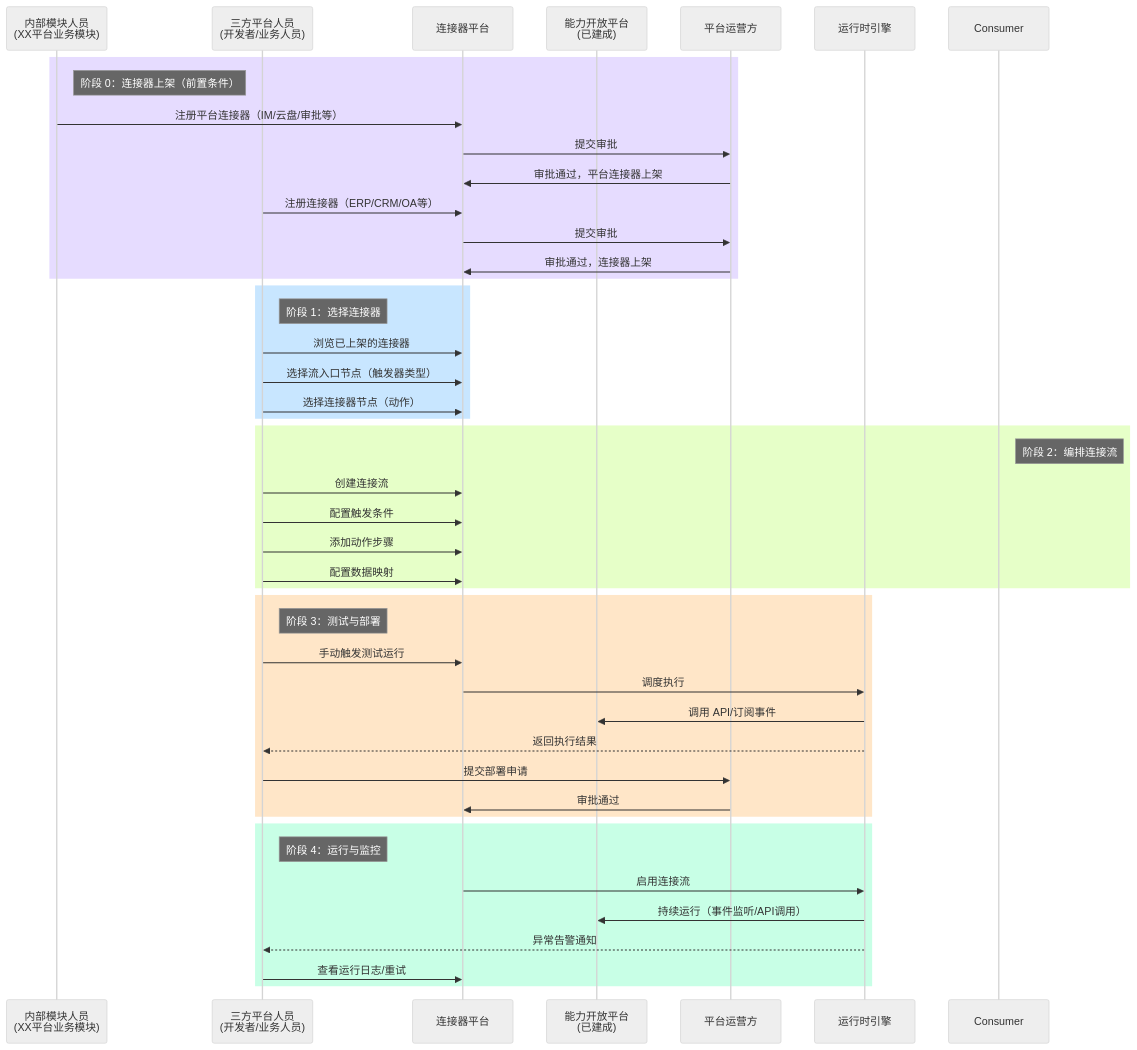
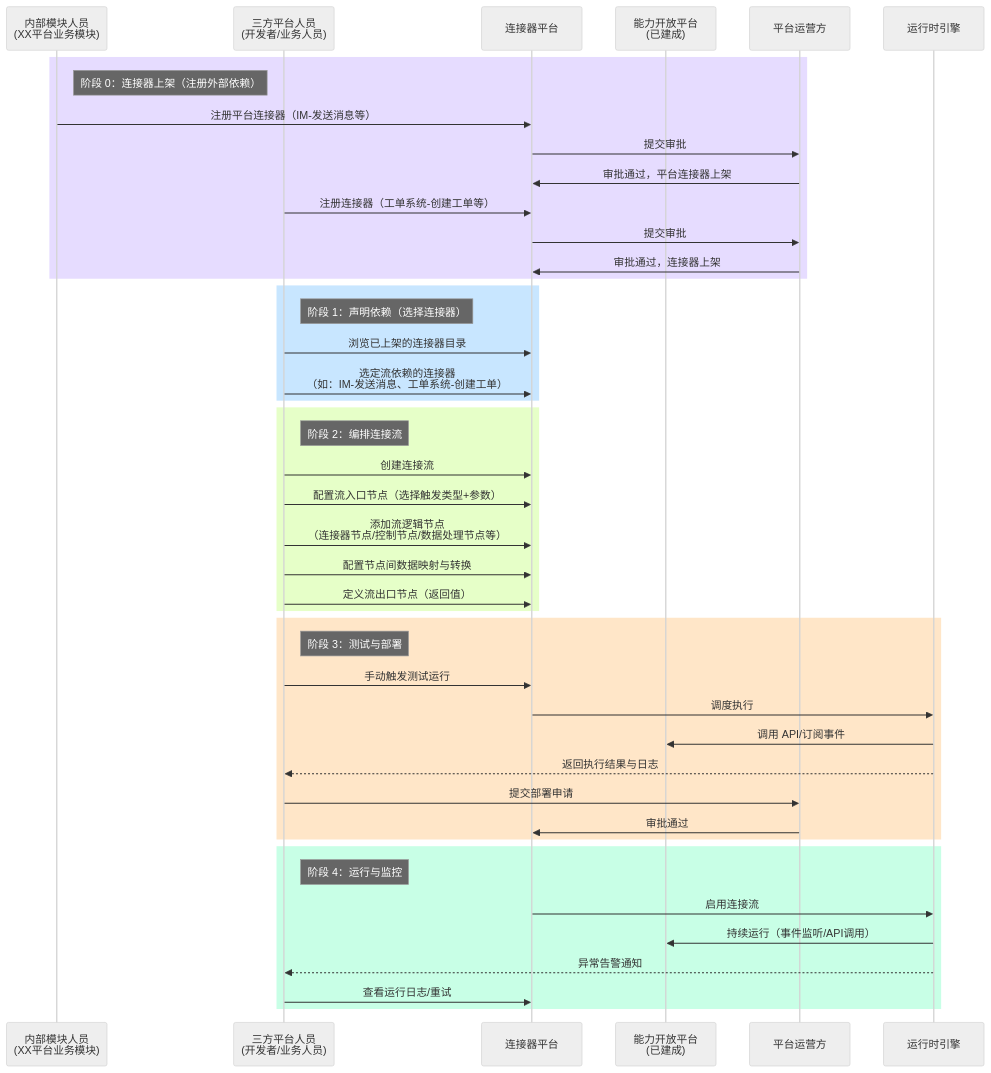
Before and after one commit to THZSummer/open-app: the tenth of 12 diagrams in .sddu/specs-tree-root/specs-tree-connector-platform/discovery-report.md, drawn with Mermaid (neutral theme). The commit also changed other lines of this file, not shown here.

Commit message:
fix: 5.1时序图对齐新模型——阶段1改为声明依赖、阶段2改为流入口+逻辑节点+出口编排

````diff
--- a/.sddu/specs-tree-root/specs-tree-connector-platform/discovery-report.md
+++ b/.sddu/specs-tree-root/specs-tree-connector-platform/discovery-report.md
@@ -506,52 +506,52 @@
 ```mermaid
 sequenceDiagram
     participant Inner as 内部模块人员<br/>(XX平台业务模块)
     participant Third as 三方平台人员<br/>(开发者/业务人员)
     participant ConnPlat as 连接器平台
     participant CapPlat as 能力开放平台<br/>(已建成)
     participant Operator as 平台运营方
     participant Runtime as 运行时引擎
     
     rect rgb(230, 220, 255)
-        note right of Inner: 阶段 0：连接器上架（前置条件）
-        Inner->>ConnPlat: 注册平台连接器（IM/云盘/审批等）
+        note right of Inner: 阶段 0：连接器上架（注册外部依赖）
+        Inner->>ConnPlat: 注册平台连接器（IM-发送消息等）
         ConnPlat->>Operator: 提交审批
         Operator->>ConnPlat: 审批通过，平台连接器上架
-        Third->>ConnPlat: 注册连接器（ERP/CRM/OA等）
+        Third->>ConnPlat: 注册连接器（工单系统-创建工单等）
         ConnPlat->>Operator: 提交审批
         Operator->>ConnPlat: 审批通过，连接器上架
     end
     
     rect rgb(200, 230, 255)
-        note right of Third: 阶段 1：选择连接器
-        Third->>ConnPlat: 浏览已上架的连接器
-        Third->>ConnPlat: 选择流入口节点（触发器类型）
-        Third->>ConnPlat: 选择连接器节点（动作）
+        note right of Third: 阶段 1：声明依赖（选择连接器）
+        Third->>ConnPlat: 浏览已上架的连接器目录
+        Third->>ConnPlat: 选定流依赖的连接器<br/>（如：IM-发送消息、工单系统-创建工单）
     end
     
     rect rgb(230, 255, 200)
-        note right of Consumer: 阶段 2：编排连接流
+        note right of Third: 阶段 2：编排连接流
         Third->>ConnPlat: 创建连接流
-        Third->>ConnPlat: 配置触发条件
-        Third->>ConnPlat: 添加动作步骤
-        Third->>ConnPlat: 配置数据映射
+        Third->>ConnPlat: 配置流入口节点（选择触发类型+参数）
+        Third->>ConnPlat: 添加流逻辑节点<br/>（连接器节点/控制节点/数据处理节点等）
+        Third->>ConnPlat: 配置节点间数据映射与转换
+        Third->>ConnPlat: 定义流出口节点（返回值）
     end
     
     rect rgb(255, 230, 200)
         note right of Third: 阶段 3：测试与部署
         Third->>ConnPlat: 手动触发测试运行
         ConnPlat->>Runtime: 调度执行
         Runtime->>CapPlat: 调用 API/订阅事件
-        Runtime-->>Third: 返回执行结果
+        Runtime-->>Third: 返回执行结果与日志
         Third->>Operator: 提交部署申请
         Operator->>ConnPlat: 审批通过
     end
     
     rect rgb(200, 255, 230)
         note right of Third: 阶段 4：运行与监控
         ConnPlat->>Runtime: 启用连接流
         Runtime->>CapPlat: 持续运行（事件监听/API调用）
         Runtime-->>Third: 异常告警通知
         Third->>ConnPlat: 查看运行日志/重试
     end
 ```
````
